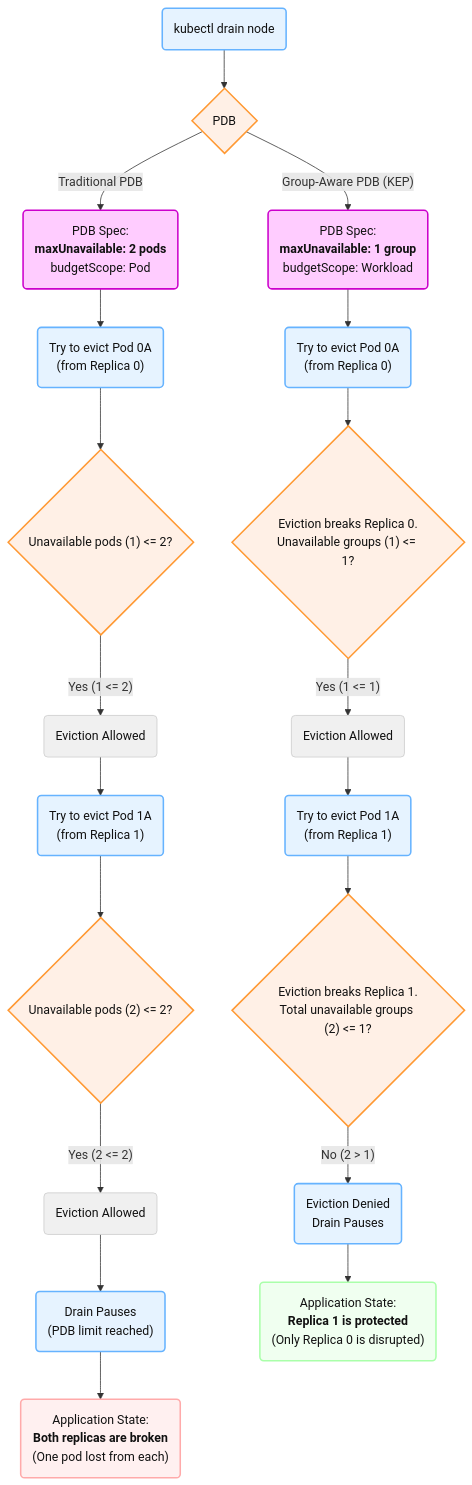
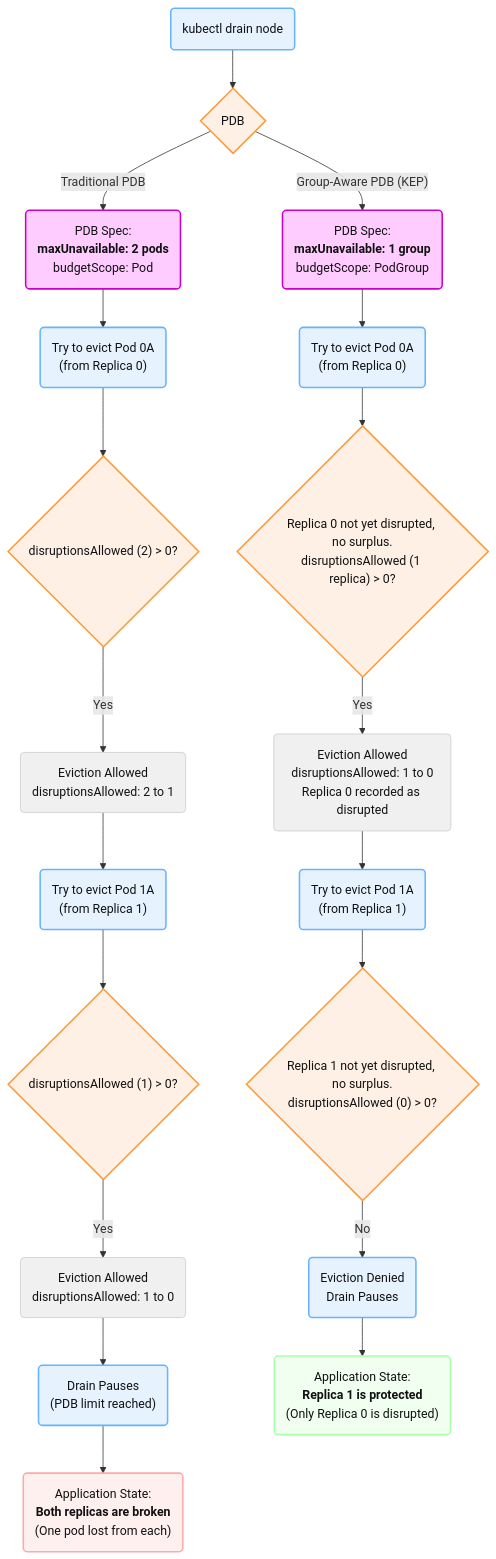
The second of 3 diagrams in keps/sig-apps/5682-pdbs-for-multipod-replicas/README.md (kubernetes/enhancements), drawn with Mermaid before and after one commit. The commit also changed other lines of this file and 1 other file, not shown here.

````diff
--- a/keps/sig-apps/5682-pdbs-for-multipod-replicas/README.md
+++ b/keps/sig-apps/5682-pdbs-for-multipod-replicas/README.md
@@ -380,70 +396,70 @@
 ```mermaid
 graph TD
     %% Define Styles for Flowchart Diagram
     classDef action fill:#e6f3ff,stroke:#66b3ff,stroke-width:2px,color:#111
     classDef decision fill:#fff0e6,stroke:#ff9933,stroke-width:2px,color:#111
     classDef pdb_spec fill:#ffccff,stroke:#cc00cc,stroke-width:2px,color:#111
     classDef outcome_bad fill:#fff0f0,stroke:#ffaaaa,stroke-width:2px,color:#111
     classDef outcome_good fill:#f0fff0,stroke:#aaffaa,stroke-width:2px,color:#111
     classDef process fill:#f0f0f0,stroke:#ccc,color:#111
 
     %% --- Start ---
     StartDrain("kubectl drain node")
     class StartDrain action
 
     StartDrain --> PDB_Type{"PDB"}
     class PDB_Type decision
 
     %% --- Path 1: Traditional PDB ---
     PDB_Type -- "Traditional PDB" --> PDB_Old(PDB Spec:<br/><b>maxUnavailable: 2 pods</b><br/>budgetScope: Pod)
     class PDB_Old pdb_spec
     
     PDB_Old --> TryEvictP0A("Try to evict Pod 0A<br/>(from Replica 0)")
     class TryEvictP0A action
 
-    TryEvictP0A --> CheckPods1{"Unavailable pods (1) <= 2?"}
+    TryEvictP0A --> CheckPods1{"disruptionsAllowed (2) > 0?"}
     class CheckPods1 decision
 
-    CheckPods1 -- "Yes (1 <= 2)" --> EvictP0A("Eviction Allowed")
+    CheckPods1 -- "Yes" --> EvictP0A("Eviction Allowed<br/>disruptionsAllowed: 2 to 1")
     class EvictP0A process
 
     EvictP0A --> TryEvictP1A("Try to evict Pod 1A<br/>(from Replica 1)")
     class TryEvictP1A action
 
-    TryEvictP1A --> CheckPods2{"Unavailable pods (2) <= 2?"}
+    TryEvictP1A --> CheckPods2{"disruptionsAllowed (1) > 0?"}
     class CheckPods2 decision
 
-    CheckPods2 -- "Yes (2 <= 2)" --> EvictP1A("Eviction Allowed")
+    CheckPods2 -- "Yes" --> EvictP1A("Eviction Allowed<br/>disruptionsAllowed: 1 to 0")
     class EvictP1A process
 
     EvictP1A --> DrainStops("Drain Pauses<br/>(PDB limit reached)")
     class DrainStops action
 
     DrainStops --> AppDown("Application State:<br/><b>Both replicas are broken</b><br/>(One pod lost from each)")
     class AppDown outcome_bad
 
     %% --- Path 2: Group-Aware PDB (KEP) ---
-    PDB_Type -- "Group-Aware PDB (KEP)" --> PDB_New(PDB Spec:<br/><b>maxUnavailable: 1 group</b><br/>budgetScope: Workload)
+    PDB_Type -- "Group-Aware PDB (KEP)" --> PDB_New(PDB Spec:<br/><b>maxUnavailable: 1 group</b><br/>budgetScope: PodGroup)
     class PDB_New pdb_spec
 
     PDB_New --> TryEvictP0A_New("Try to evict Pod 0A<br/>(from Replica 0)")
     class TryEvictP0A_New action
 
-    TryEvictP0A_New --> CheckGroups1{"Eviction breaks Replica 0.<br/>Unavailable groups (1) <= 1?"}
+    TryEvictP0A_New --> CheckGroups1{"Replica 0 not yet disrupted, no surplus.<br/>disruptionsAllowed (1 replica) > 0?"}
     class CheckGroups1 decision
 
-    CheckGroups1 -- "Yes (1 <= 1)" --> EvictR0("Eviction Allowed")
+    CheckGroups1 -- "Yes" --> EvictR0("Eviction Allowed<br/>disruptionsAllowed: 1 to 0<br/>Replica 0 recorded as disrupted")
     class EvictR0 process
 
     EvictR0 --> TryEvictP1A_New("Try to evict Pod 1A<br/>(from Replica 1)")
     class TryEvictP1A_New action
 
-    TryEvictP1A_New --> CheckGroups2{"Eviction breaks Replica 1.<br/>Total unavailable groups (2) <= 1?"}
+    TryEvictP1A_New --> CheckGroups2{"Replica 1 not yet disrupted, no surplus.<br/>disruptionsAllowed (0) > 0?"}
     class CheckGroups2 decision
 
-    CheckGroups2 -- "No (2 > 1)" --> EvictP1A_Denied("Eviction Denied<br/>Drain Pauses")
+    CheckGroups2 -- "No" --> EvictP1A_Denied("Eviction Denied<br/>Drain Pauses")
     class EvictP1A_Denied action
 
     EvictP1A_Denied --> AppHealthy("Application State:<br/><b>Replica 1 is protected</b><br/>(Only Replica 0 is disrupted)")
     class AppHealthy outcome_good
 ```
````
